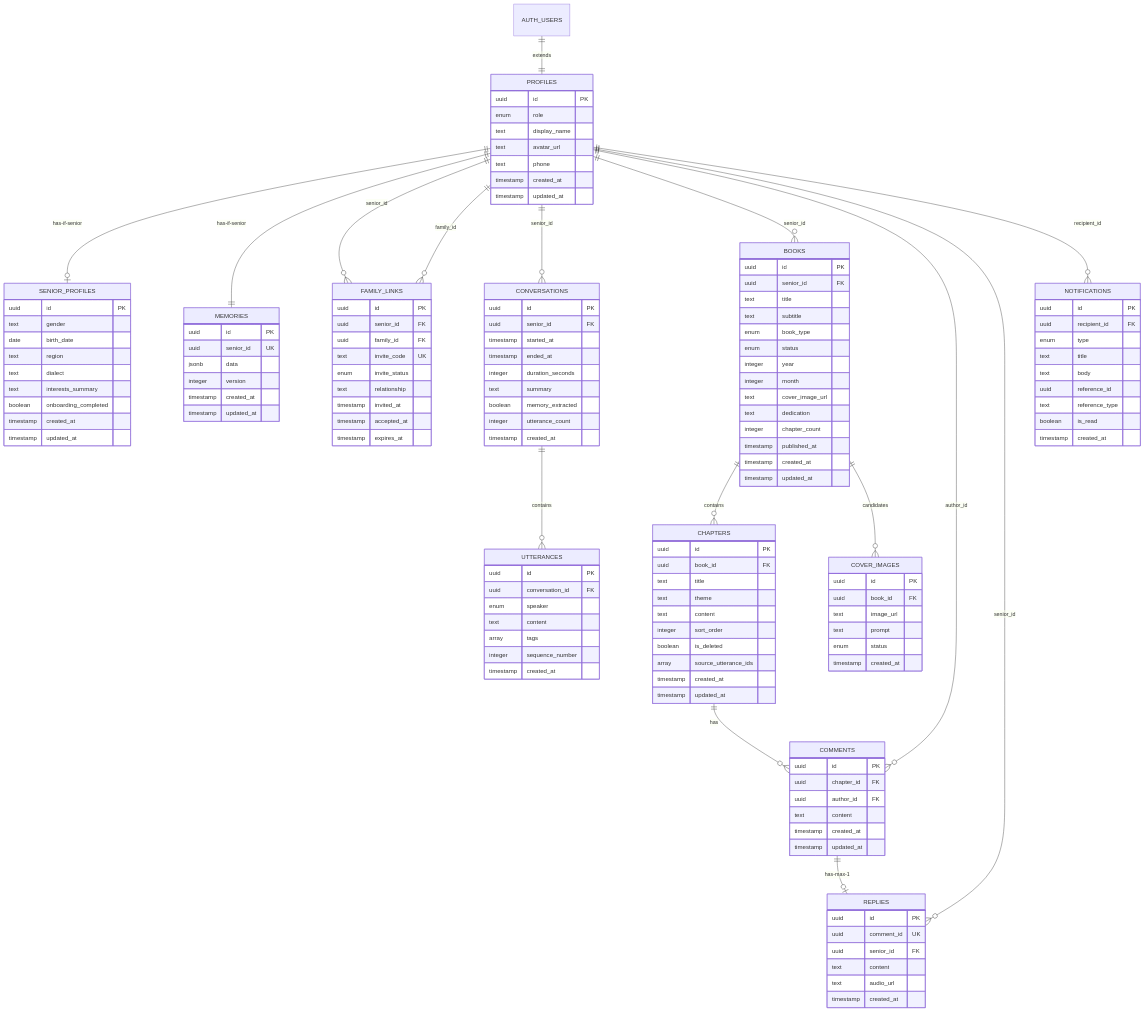
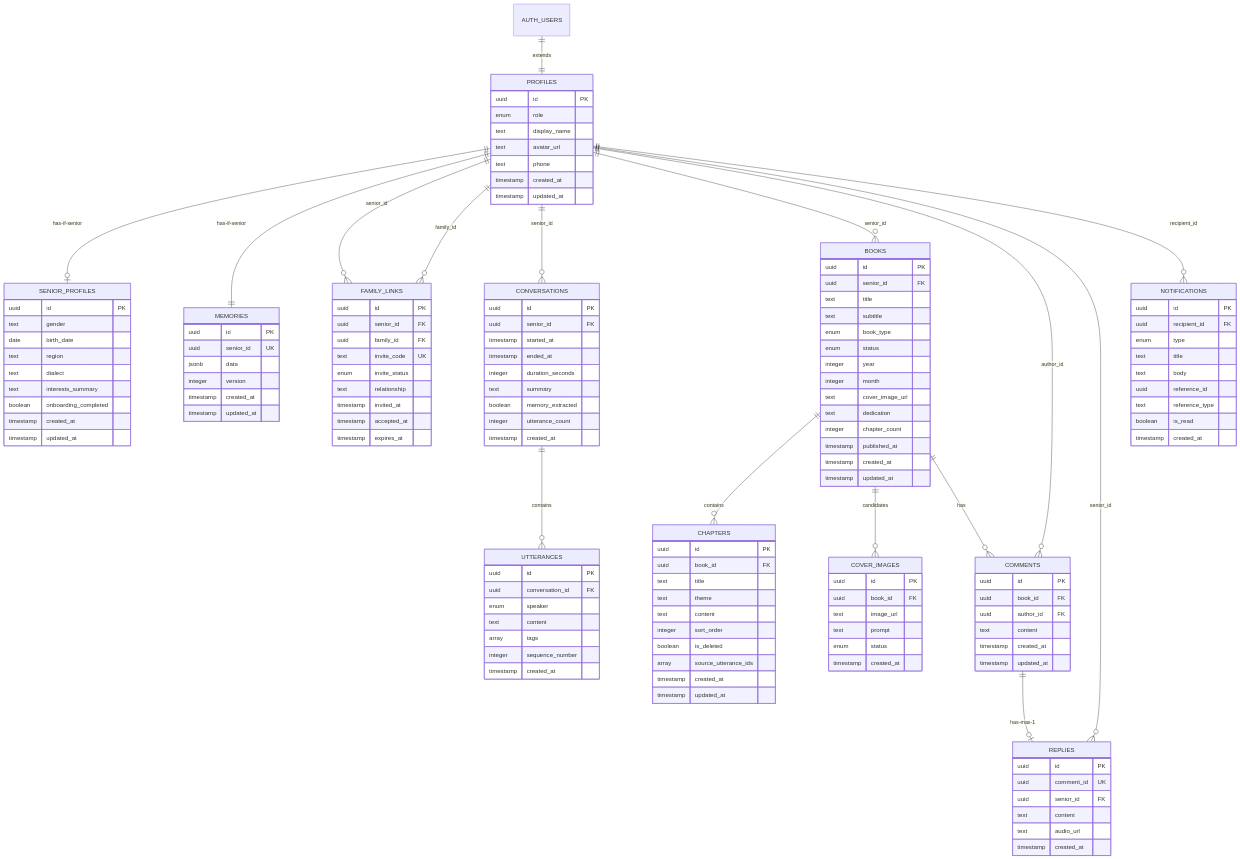
One commit to SW-DaDam/Dadam changed the diagram in docs/dev/erd.md. Above: the diagram before and after it, drawn with Mermaid. The commit also changed other lines of this file and 3 other files, not shown here.

```diff
--- a/docs/dev/erd.md
+++ b/docs/dev/erd.md
@@ -25,7 +25,7 @@
     CONVERSATIONS ||--o{ UTTERANCES : "contains"
     BOOKS ||--o{ CHAPTERS : "contains"
     BOOKS ||--o{ COVER_IMAGES : "candidates"
-    CHAPTERS ||--o{ COMMENTS : "has"
+    BOOKS ||--o{ COMMENTS : "has"
     COMMENTS ||--o| REPLIES : "has-max-1"
 
     PROFILES {
@@ -125,7 +125,7 @@
 
     COMMENTS {
         uuid id PK
-        uuid chapter_id FK
+        uuid book_id FK
         uuid author_id FK
         text content
         timestamp created_at
```
